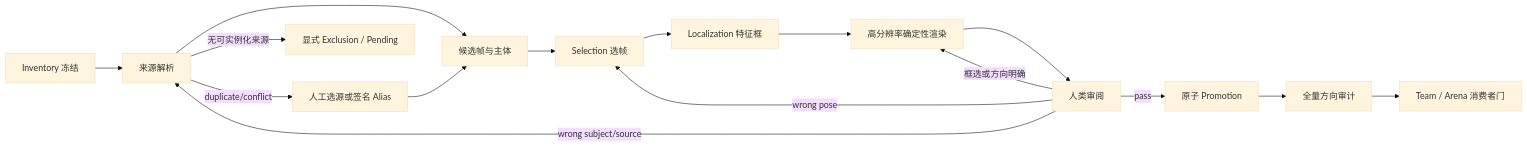
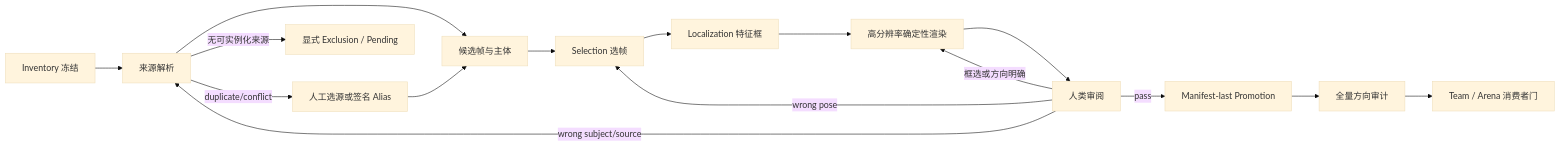
Before and after one commit to FlashNightModReborn/CrazyFlashNight: the diagram in docs/怪物头像生产管线-可复用运行手册-2026-08-09.md, drawn with Mermaid (base theme). The commit also changed other lines of this file and 62 other files, not shown here.

````diff
--- a/docs/怪物头像生产管线-可复用运行手册-2026-08-09.md
+++ b/docs/怪物头像生产管线-可复用运行手册-2026-08-09.md
@@ -25,18 +25,18 @@
 ```mermaid
 flowchart LR
   A["Inventory 冻结"] --> B["来源解析"]
   B --> C["候选帧与主体"]
   C --> D["Selection 选帧"]
   D --> E["Localization 特征框"]
   E --> F["高分辨率确定性渲染"]
   F --> G["人类审阅"]
-  G -->|pass| H["原子 Promotion"]
+  G -->|pass| H["Manifest-last Promotion"]
   G -->|框选或方向明确| F
   G -->|wrong pose| D
   G -->|wrong subject/source| B
   H --> I["全量方向审计"]
   I --> J["Team / Arena 消费者门"]
   B -->|duplicate/conflict| K["人工选源或签名 Alias"]
   B -->|无可实例化来源| L["显式 Exclusion / Pending"]
   K --> C
 ```
````
